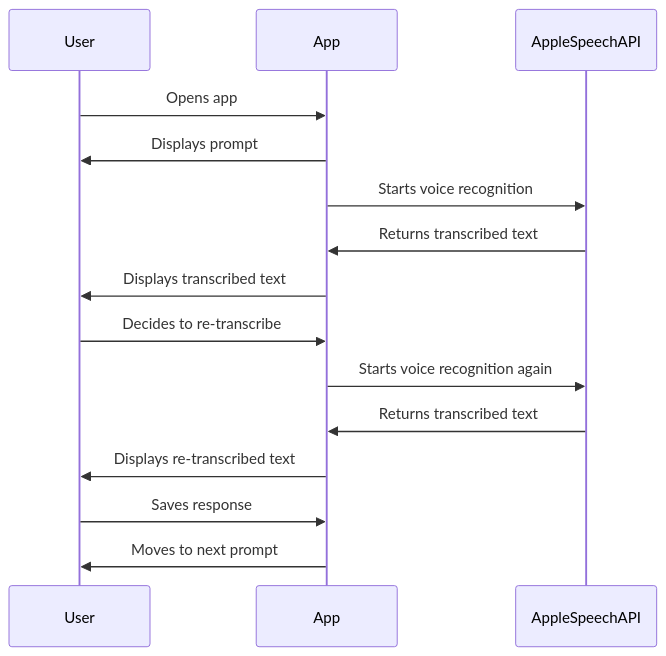
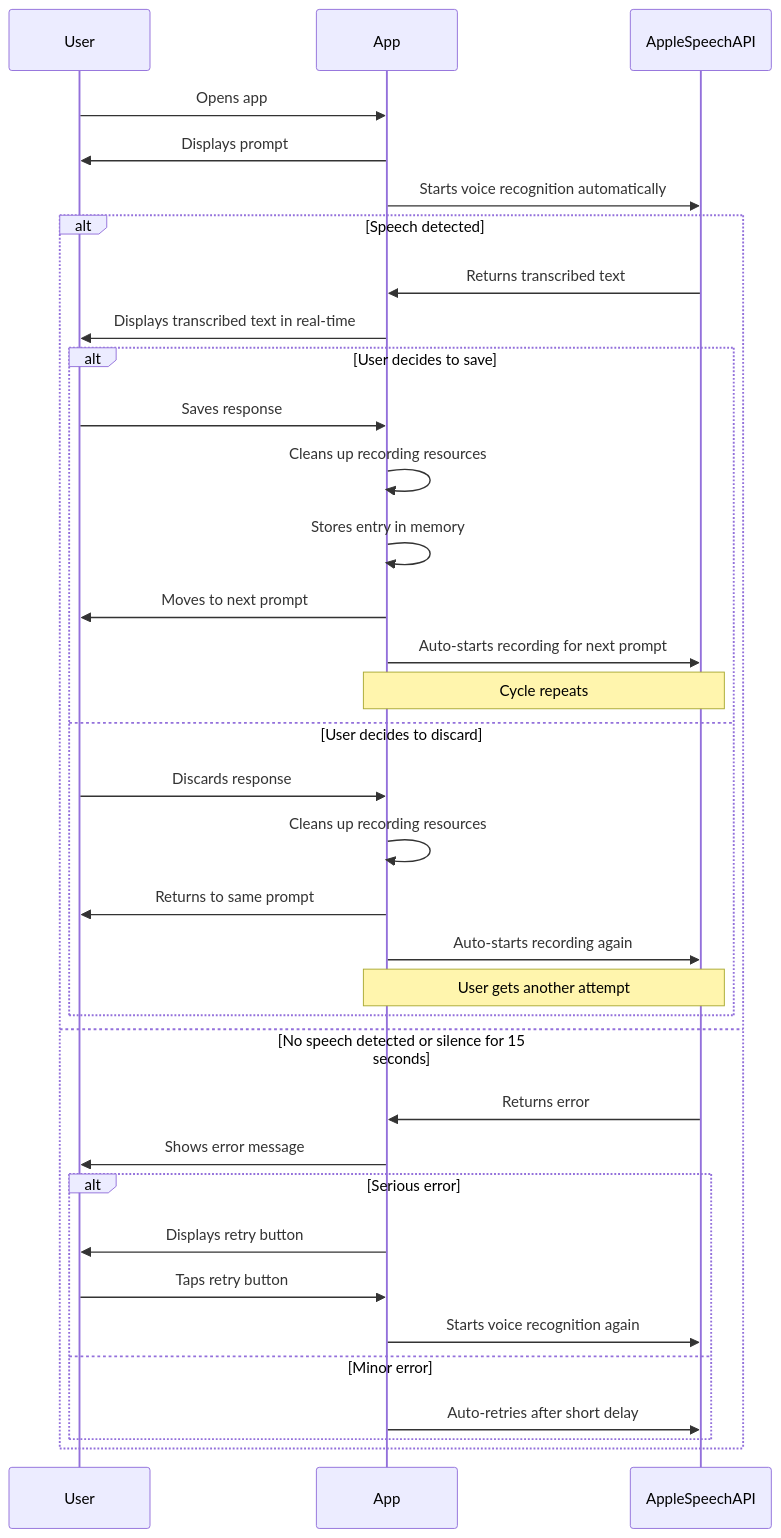
One commit to JoshuaLelon/trinity_journal_app changed the diagram in docs/diagrams/phase_2_sequence_diagram.md. Above: the diagram before and after it, drawn with Mermaid. The commit also changed 2 other files, not shown here.

Commit message:
Successfully deleted record button

````diff
--- a/docs/diagrams/phase_2_sequence_diagram.md
+++ b/docs/diagrams/phase_2_sequence_diagram.md
@@ -1,18 +1,42 @@
 ```mermaid
 sequenceDiagram
     participant User
     participant App
     participant AppleSpeechAPI
     
     User->>App: Opens app
     App->>User: Displays prompt
-    App->>AppleSpeechAPI: Starts voice recognition
-    AppleSpeechAPI->>App: Returns transcribed text
-    App->>User: Displays transcribed text
-    User->>App: Decides to re-transcribe
-    App->>AppleSpeechAPI: Starts voice recognition again
-    AppleSpeechAPI->>App: Returns transcribed text
-    App->>User: Displays re-transcribed text
-    User->>App: Saves response
-    App->>User: Moves to next prompt
+    App->>AppleSpeechAPI: Starts voice recognition automatically
+    
+    alt Speech detected
+        AppleSpeechAPI->>App: Returns transcribed text
+        App->>User: Displays transcribed text in real-time
+        
+        alt User decides to save
+            User->>App: Saves response
+            App->>App: Cleans up recording resources
+            App->>App: Stores entry in memory
+            App->>User: Moves to next prompt
+            App->>AppleSpeechAPI: Auto-starts recording for next prompt
+            Note over App,AppleSpeechAPI: Cycle repeats
+        else User decides to discard
+            User->>App: Discards response
+            App->>App: Cleans up recording resources
+            App->>User: Returns to same prompt
+            App->>AppleSpeechAPI: Auto-starts recording again
+            Note over App,AppleSpeechAPI: User gets another attempt
+        end
+        
+    else No speech detected or silence for 15 seconds
+        AppleSpeechAPI->>App: Returns error
+        App->>User: Shows error message
+        
+        alt Serious error
+            App->>User: Displays retry button
+            User->>App: Taps retry button
+            App->>AppleSpeechAPI: Starts voice recognition again
+        else Minor error
+            App->>AppleSpeechAPI: Auto-retries after short delay
+        end
+    end
 ``` 
````
